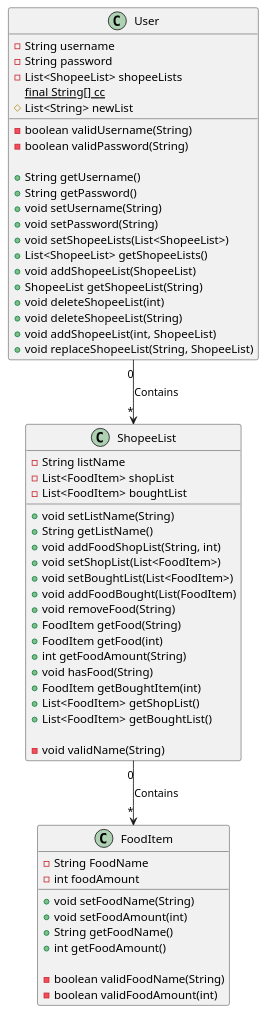
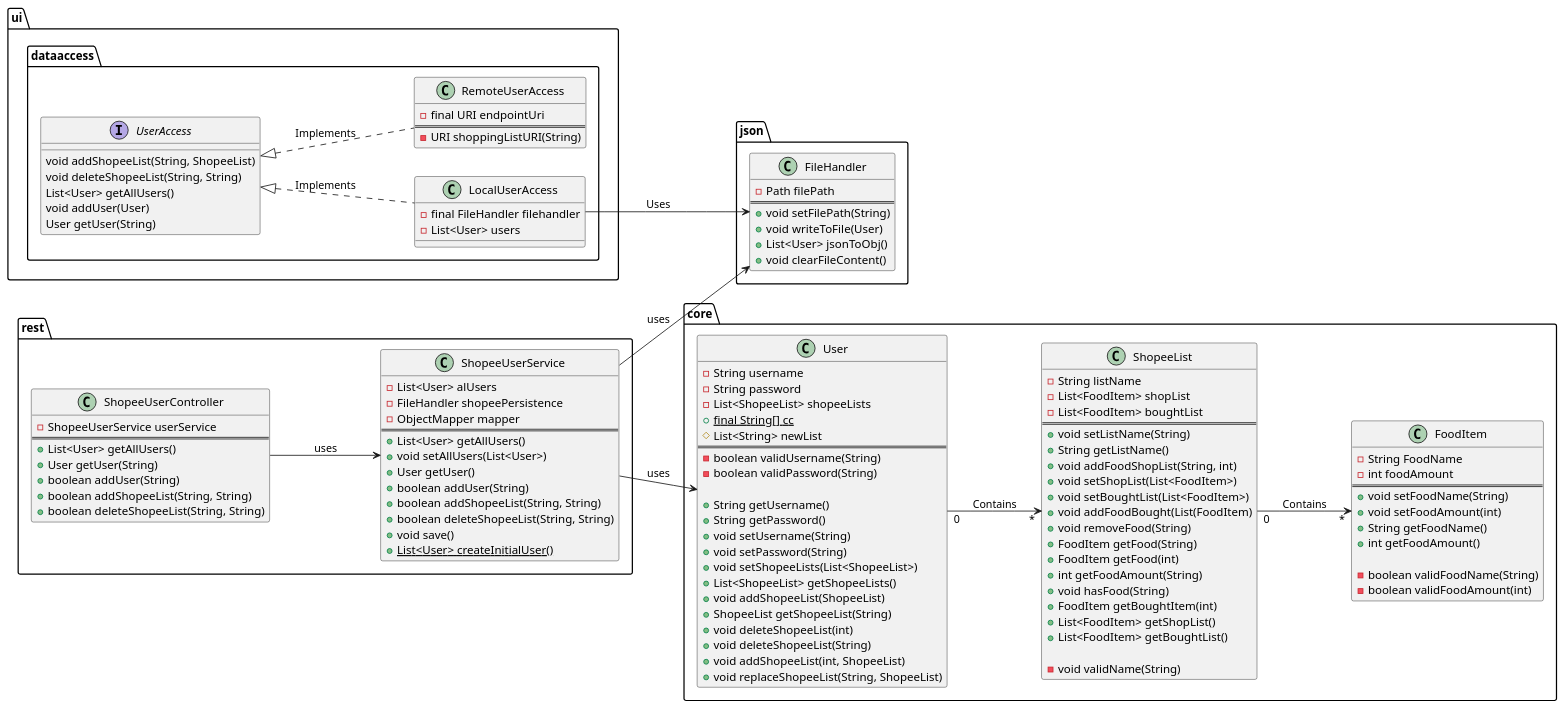
Before and after one commit to unemstimo/Shopee: the diagram in diagrams/classDiagram.plantuml, drawn with PlantUML. The commit also changed 1 other file, not shown here.

Commit message:
Updated the class diagram for the project

```diff
--- a/diagrams/classDiagram.plantuml
+++ b/diagrams/classDiagram.plantuml
@@ -1,65 +1,138 @@
 @startuml classDiagramCore
 
-class FoodItem{
-    -String FoodName
-    -int foodAmount
+left to right direction
 
-   +void setFoodName(String)
-   +void setFoodAmount(int)
-   +String getFoodName()
-   +int getFoodAmount()
+package core{
+    class FoodItem{
+        -String FoodName
+        -int foodAmount
+        ==
+        +void setFoodName(String)
+        +void setFoodAmount(int)
+        +String getFoodName()
+        +int getFoodAmount()
 
-   -boolean validFoodName(String)
-   -boolean validFoodAmount(int)
+        -boolean validFoodName(String)
+        -boolean validFoodAmount(int)
+    }
+
+    class ShopeeList{
+        -String listName
+        -List<FoodItem> shopList
+        -List<FoodItem> boughtList
+        ==
+        +void setListName(String)
+        +String getListName()
+        +void addFoodShopList(String, int)
+        +void setShopList(List<FoodItem>)
+        +void setBoughtList(List<FoodItem>)
+        +void addFoodBought(List(FoodItem)
+        +void removeFood(String)
+        +FoodItem getFood(String)
+        +FoodItem getFood(int)
+        +int getFoodAmount(String)
+        +void hasFood(String)
+        +FoodItem getBoughtItem(int)
+        +List<FoodItem> getShopList()
+        +List<FoodItem> getBoughtList()
+
+        -void validName(String)
+    }
+
+    class User{
+    -String username 
+    -String password
+    -List<ShopeeList> shopeeLists
+    +{static} final String[] cc
+    #List<String> newList
+    ==
+    -boolean validUsername(String)
+    -boolean validPassword(String)
+
+    +String getUsername()
+    +String getPassword()
+    +void setUsername(String)
+    +void setPassword(String)
+    +void setShopeeLists(List<ShopeeList>)
+    +List<ShopeeList> getShopeeLists()
+    +void addShopeeList(ShopeeList)
+    +ShopeeList getShopeeList(String)
+    +void deleteShopeeList(int)
+    +void deleteShopeeList(String)
+    +void addShopeeList(int, ShopeeList)
+    +void replaceShopeeList(String, ShopeeList)
+    }
 }
 
-class ShopeeList{
-    -String listName
-    -List<FoodItem> shopList
-    -List<FoodItem> boughtList
-
-    +void setListName(String)
-    +String getListName()
-    +void addFoodShopList(String, int)
-    +void setShopList(List<FoodItem>)
-    +void setBoughtList(List<FoodItem>)
-    +void addFoodBought(List(FoodItem)
-    +void removeFood(String)
-    +FoodItem getFood(String)
-    +FoodItem getFood(int)
-    +int getFoodAmount(String)
-    +void hasFood(String)
-    +FoodItem getBoughtItem(int)
-    +List<FoodItem> getShopList()
-    +List<FoodItem> getBoughtList()
-
-    -void validName(String)
+package json{
+    class FileHandler{
+        -Path filePath
+        ==
+        +void setFilePath(String)
+        +void writeToFile(User)
+        +List<User> jsonToObj()
+        +void clearFileContent()
+    }
 }
 
-class User{
-   -String username 
-   -String password
-   -List<ShopeeList> shopeeLists
-   {static} final String[] cc
-   #List<String> newList
+package rest{
+    class ShopeeUserController{
+        -ShopeeUserService userService
+        ==
+        +List<User> getAllUsers()
+        +User getUser(String)
+        +boolean addUser(String)
+        +boolean addShopeeList(String, String)
+        +boolean deleteShopeeList(String, String)
+    }
 
-   -boolean validUsername(String)
-   -boolean validPassword(String)
+    class ShopeeUserService{
+        -List<User> alUsers
+        -FileHandler shopeePersistence
+        -ObjectMapper mapper 
+        ==
+        +List<User> getAllUsers()
+        +void setAllUsers(List<User>)
+        +User getUser()
+        +boolean addUser(String)
+        +boolean addShopeeList(String, String)
+        +boolean deleteShopeeList(String, String)
+        +void save()
+        +{static} List<User> createInitialUser()
+    }
+}
 
-   +String getUsername()
-   +String getPassword()
-   +void setUsername(String)
-   +void setPassword(String)
-   +void setShopeeLists(List<ShopeeList>)
-   +List<ShopeeList> getShopeeLists()
-   +void addShopeeList(ShopeeList)
-   +ShopeeList getShopeeList(String)
-   +void deleteShopeeList(int)
-   +void deleteShopeeList(String)
-   +void addShopeeList(int, ShopeeList)
-   +void replaceShopeeList(String, ShopeeList)
+package ui.dataaccess{
+    interface UserAccess{
+        void addShopeeList(String, ShopeeList)
+        void deleteShopeeList(String, String)
+        List<User> getAllUsers()
+        void addUser(User)
+        User getUser(String)
+    }
+
+    class LocalUserAccess{
+        -final FileHandler filehandler
+        -List<User> users 
+    }
+
+    class RemoteUserAccess{
+        -final URI endpointUri
+        ==
+        -URI shoppingListURI(String)
+    }
 }
 
 ShopeeList "0" --> "*" FoodItem : "Contains"
 User "0" --> "*" ShopeeList : "Contains"
+
+ShopeeUserController --> ShopeeUserService : "uses"
+ShopeeUserService --> FileHandler : "uses"
+ShopeeUserService --> User : "uses"
+
+UserAccess <|.. LocalUserAccess : "Implements"
+UserAccess <|.. RemoteUserAccess : "Implements"
+
+LocalUserAccess --> FileHandler : "Uses"
+
 @enduml
```
